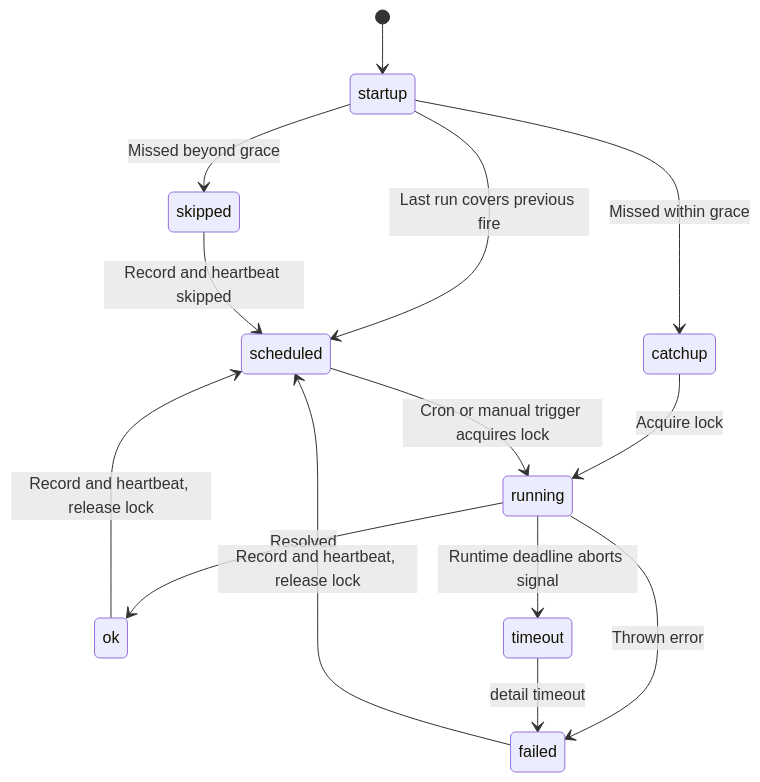
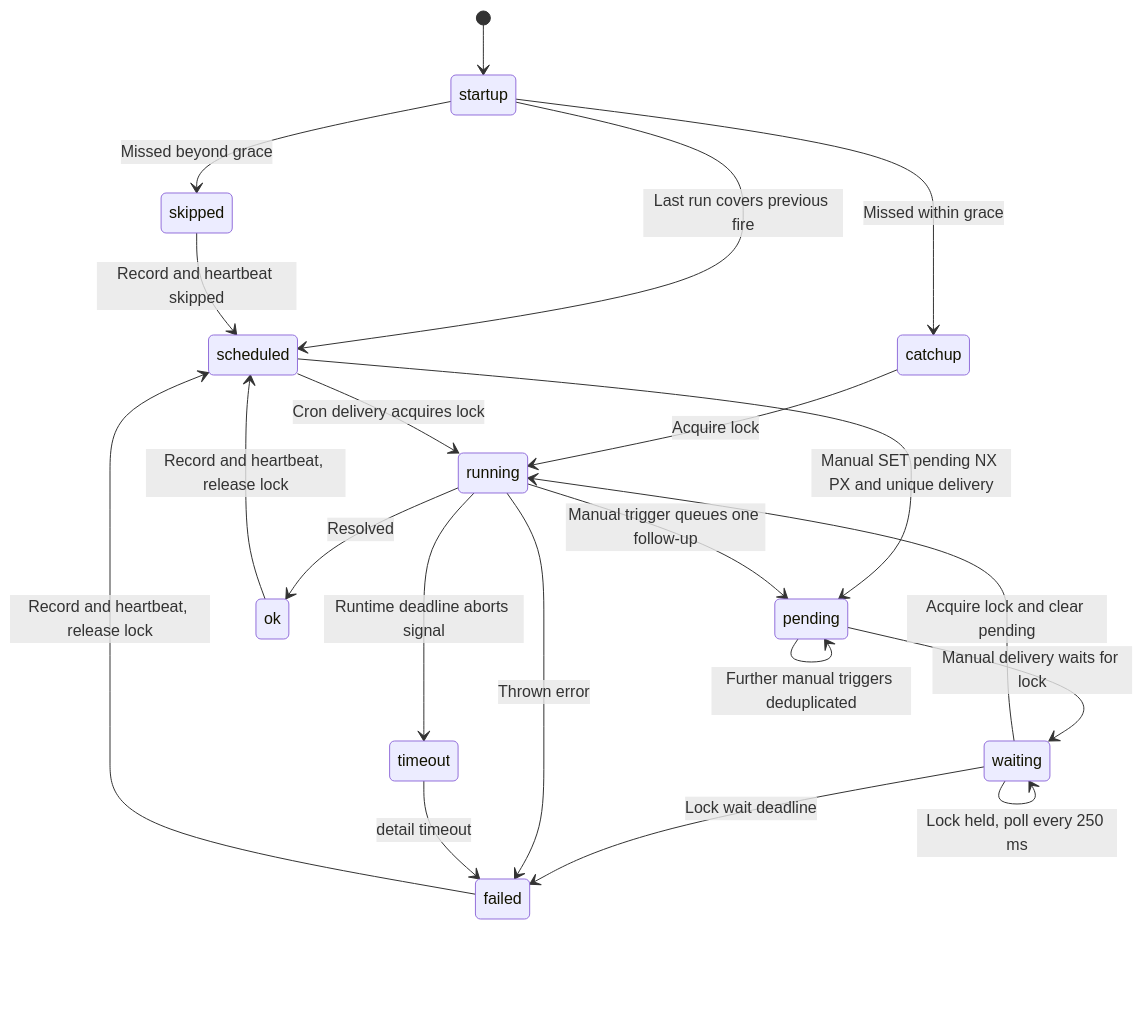
Before and after one commit to devrunch/ai-trader-2: the first of 17 diagrams in architecture/features/foundation/README.md, drawn with Mermaid. The commit also changed other lines of this file and 5 other files, not shown here.

Commit message:
fix(jobs): runNow never drops a trigger — unique job ids, pending marker, lock wait

````diff
--- a/architecture/features/foundation/README.md
+++ b/architecture/features/foundation/README.md
@@ -22,16 +27,23 @@
 ```mermaid
 stateDiagram-v2
   [*] --> startup
   startup --> scheduled: Last run covers previous fire
   startup --> catchup: Missed within grace
   startup --> skipped: Missed beyond grace
   catchup --> running: Acquire lock
   skipped --> scheduled: Record and heartbeat skipped
-  scheduled --> running: Cron or manual trigger acquires lock
+  scheduled --> running: Cron delivery acquires lock
+  scheduled --> pending: Manual SET pending NX PX and unique delivery
+  running --> pending: Manual trigger queues one follow-up
+  pending --> pending: Further manual triggers deduplicated
+  pending --> waiting: Manual delivery waits for lock
+  waiting --> waiting: Lock held, poll every 250 ms
+  waiting --> running: Acquire lock and clear pending
+  waiting --> failed: Lock wait deadline
   running --> ok: Resolved
   running --> failed: Thrown error
   running --> timeout: Runtime deadline aborts signal
   timeout --> failed: detail timeout
   ok --> scheduled: Record and heartbeat, release lock
   failed --> scheduled: Record and heartbeat, release lock
 ```
````
